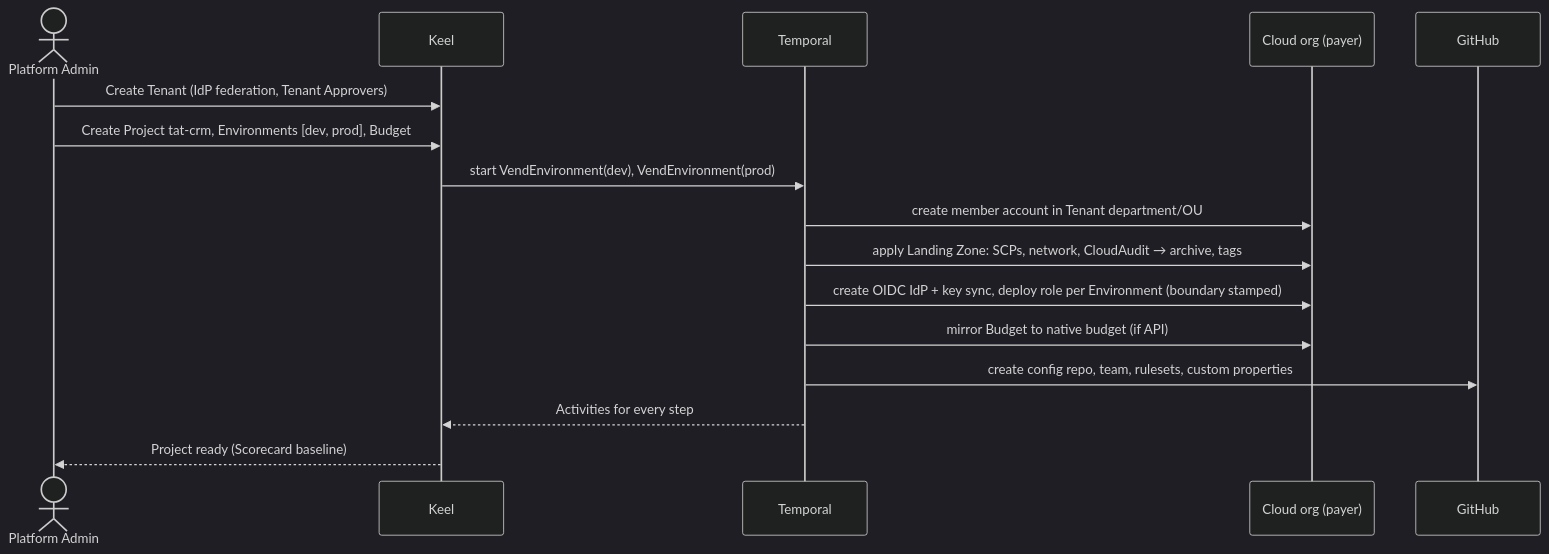
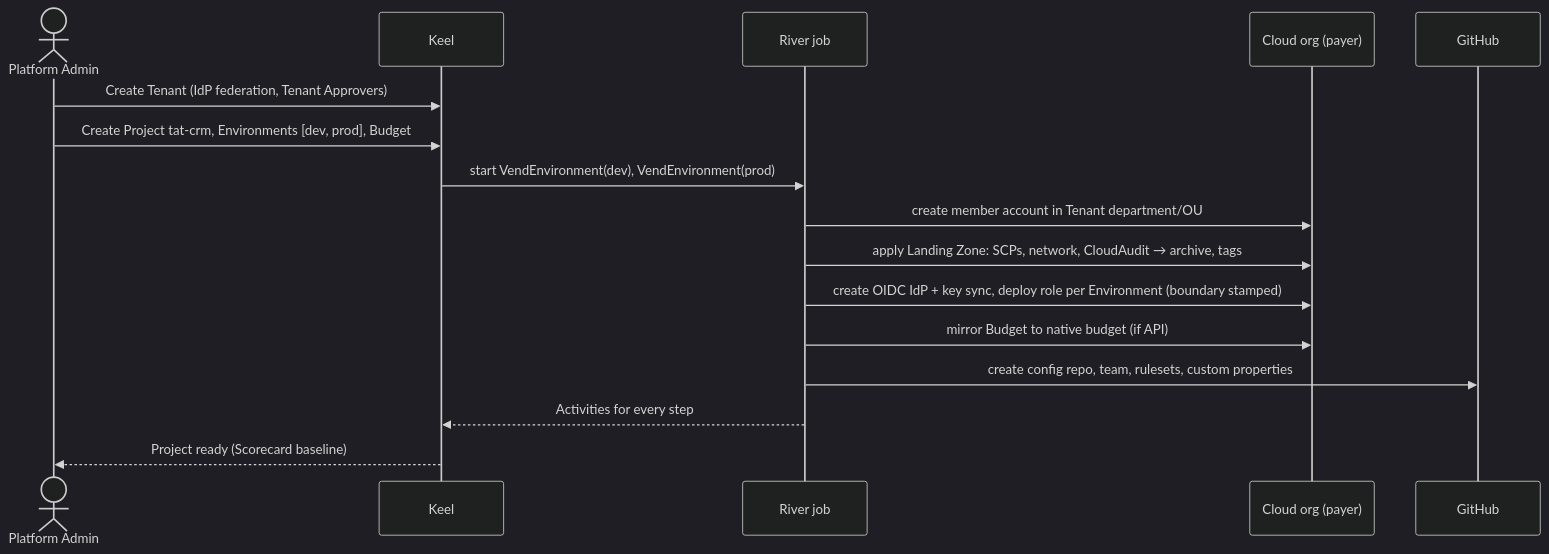
The third of 4 diagrams in docs/DESIGN.md (hx-thanadej/keel), drawn with Mermaid (dark theme) before and after one commit. The commit also changed other lines of this file and 26 other files, not shown here.

````diff
--- a/docs/DESIGN.md
+++ b/docs/DESIGN.md
@@ -195,18 +195,18 @@
 ```mermaid
 sequenceDiagram
     actor PA as Platform Admin
     participant K as Keel
-    participant T as Temporal
+    participant T as River job
     participant C as Cloud org (payer)
     participant G as GitHub
     PA->>K: Create Tenant (IdP federation, Tenant Approvers)
     PA->>K: Create Project tat-crm, Environments [dev, prod], Budget
     K->>T: start VendEnvironment(dev), VendEnvironment(prod)
     T->>C: create member account in Tenant department/OU
     T->>C: apply Landing Zone: SCPs, network, CloudAudit → archive, tags
     T->>C: create OIDC IdP + key sync, deploy role per Environment (boundary stamped)
     T->>C: mirror Budget to native budget (if API)
     T->>G: create config repo, team, rulesets, custom properties
     T-->>K: Activities for every step
     K-->>PA: Project ready (Scorecard baseline)
 ```
````
